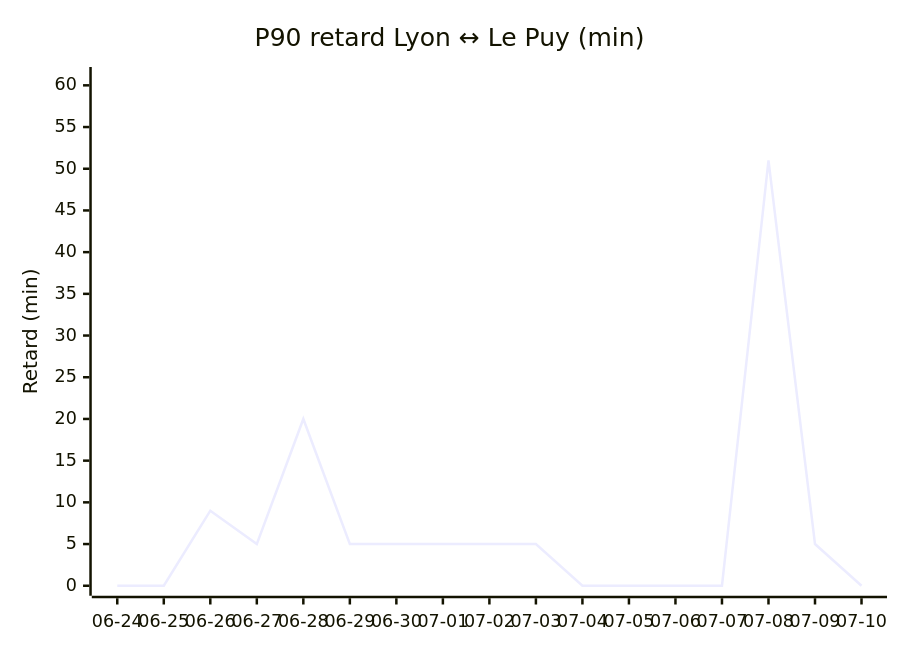
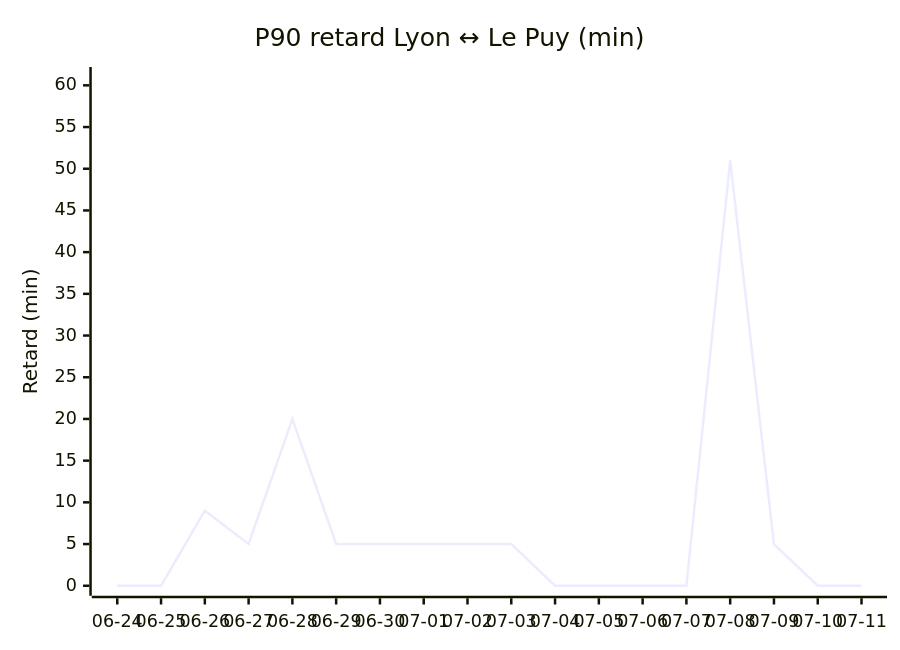
The third of 4 diagrams in STATS.md (antoinerep/horaire-ter), drawn with Mermaid before and after one commit. The commit also changed other lines of this file and 1 other file, not shown here.

````diff
--- a/STATS.md
+++ b/STATS.md
@@ -89,7 +90,7 @@
 ```mermaid
 xychart-beta
     title "P90 retard Lyon ↔ Le Puy (min)"
-    x-axis ["06-24", "06-25", "06-26", "06-27", "06-28", "06-29", "06-30", "07-01", "07-02", "07-03", "07-04", "07-05", "07-06", "07-07", "07-08", "07-09", "07-10"]
+    x-axis ["06-24", "06-25", "06-26", "06-27", "06-28", "06-29", "06-30", "07-01", "07-02", "07-03", "07-04", "07-05", "07-06", "07-07", "07-08", "07-09", "07-10", "07-11"]
     y-axis "Retard (min)" 0 --> 61
-    line [0.0, 0.0, 9.0, 5.0, 20.0, 5.0, 5.0, 5.0, 5.0, 5.0, 0.0, 0.0, 0.0, 0.0, 51.0, 5.0, 0.0]
+    line [0.0, 0.0, 9.0, 5.0, 20.0, 5.0, 5.0, 5.0, 5.0, 5.0, 0.0, 0.0, 0.0, 0.0, 51.0, 5.0, 0.0, 0.0]
 ```
````
